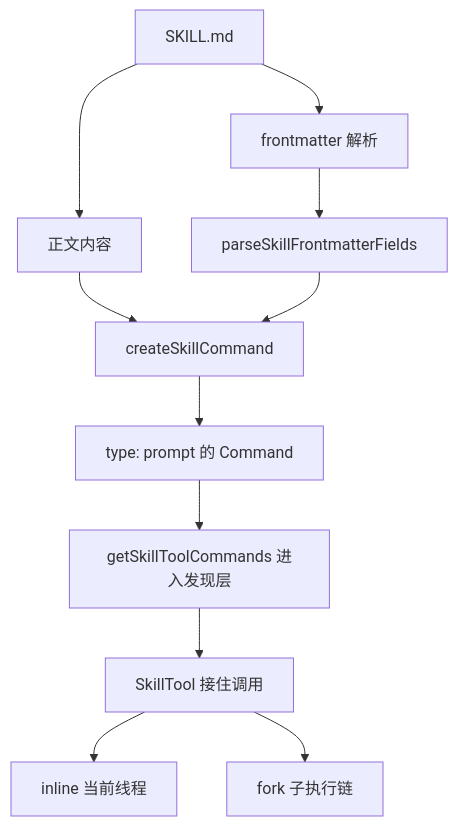
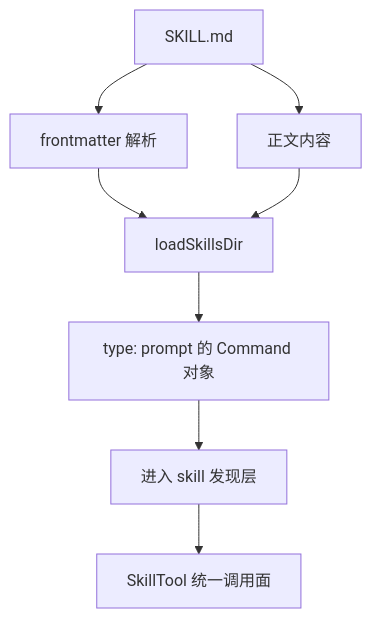
One commit to T0UGH/claude-code-source-guide changed the diagram in docs/guidebookv2/volume-5/04-why-skills-are-more-than-long-prompts.md. Above: the diagram before and after it, drawn with Mermaid. The commit also changed other lines of this file and 5 other files, not shown here.

````diff
--- a/docs/guidebookv2/volume-5/04-why-skills-are-more-than-long-prompts.md
+++ b/docs/guidebookv2/volume-5/04-why-skills-are-more-than-long-prompts.md
@@ -174,13 +215,10 @@
 ```mermaid
 flowchart TD
     A[SKILL.md] --> B[frontmatter 解析]
     A --> C[正文内容]
-    B --> D[parseSkillFrontmatterFields]
-    C --> E[createSkillCommand]
-    D --> E
-    E --> F[type: prompt 的 Command]
-    F --> G[getSkillToolCommands 进入发现层]
-    G --> H[SkillTool 接住调用]
-    H --> I[inline 当前线程]
-    H --> J[fork 子执行链]
+    B --> D[loadSkillsDir]
+    C --> D
+    D --> E[type: prompt 的 Command 对象]
+    E --> F[进入 skill 发现层]
+    F --> G[SkillTool 统一调用面]
 ```
````
